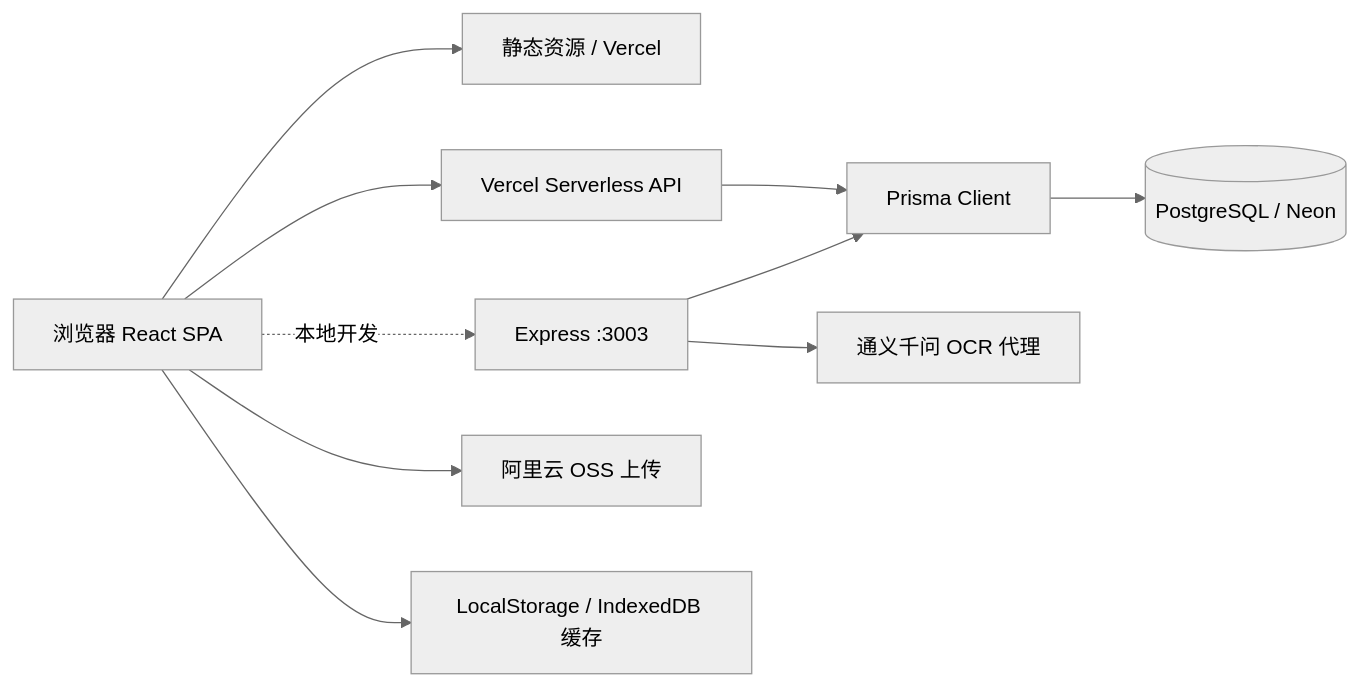
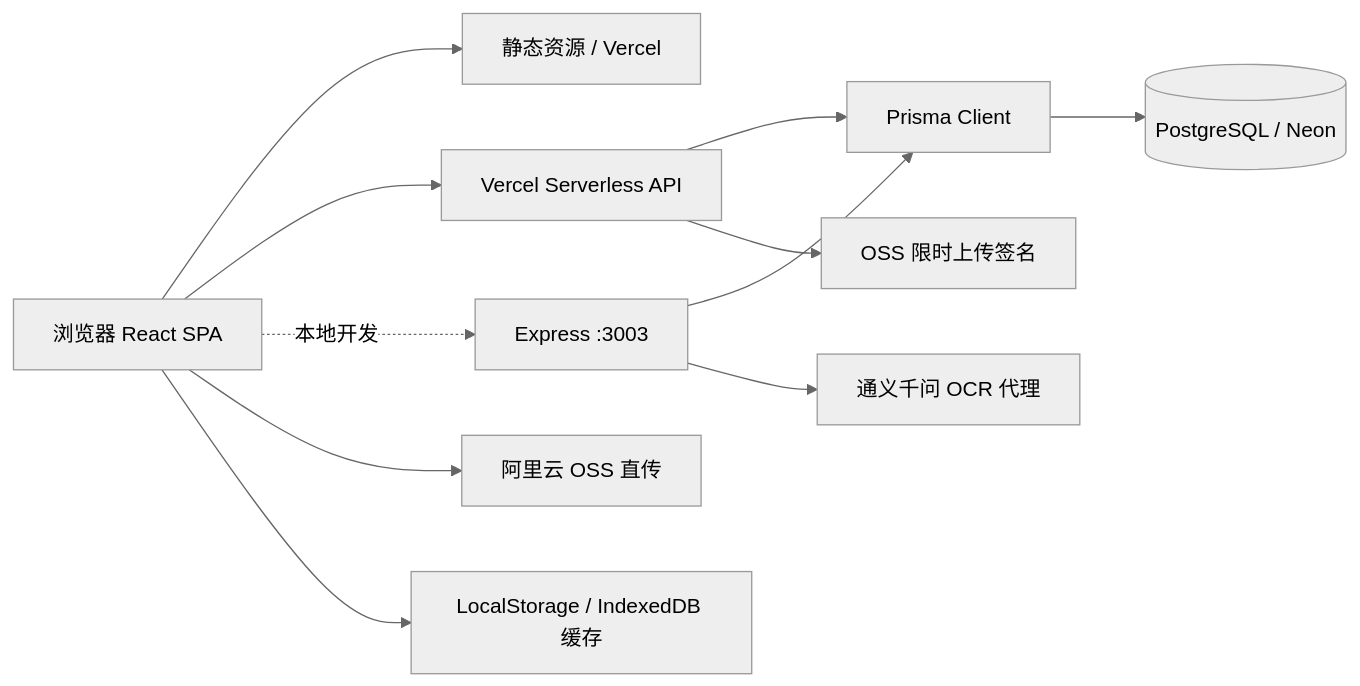
The diagram in SPEC.md (yipengmu/family_tree), drawn with Mermaid (neutral theme) before and after one commit. The commit also changed other lines of this file and 47 other files, not shown here.

````diff
--- a/SPEC.md
+++ b/SPEC.md
@@ -109,12 +115,13 @@
 ```mermaid
 flowchart LR
   U[浏览器 React SPA] --> V[静态资源 / Vercel]
   U --> A[Vercel Serverless API]
   U -.本地开发.-> E[Express :3003]
   A --> P[Prisma Client]
   P --> D[(PostgreSQL / Neon)]
   E --> P
   E --> Q[通义千问 OCR 代理]
-  U --> O[阿里云 OSS 上传]
+  A --> S[OSS 限时上传签名]
+  U --> O[阿里云 OSS 直传]
   U --> C[LocalStorage / IndexedDB 缓存]
 ```
````
